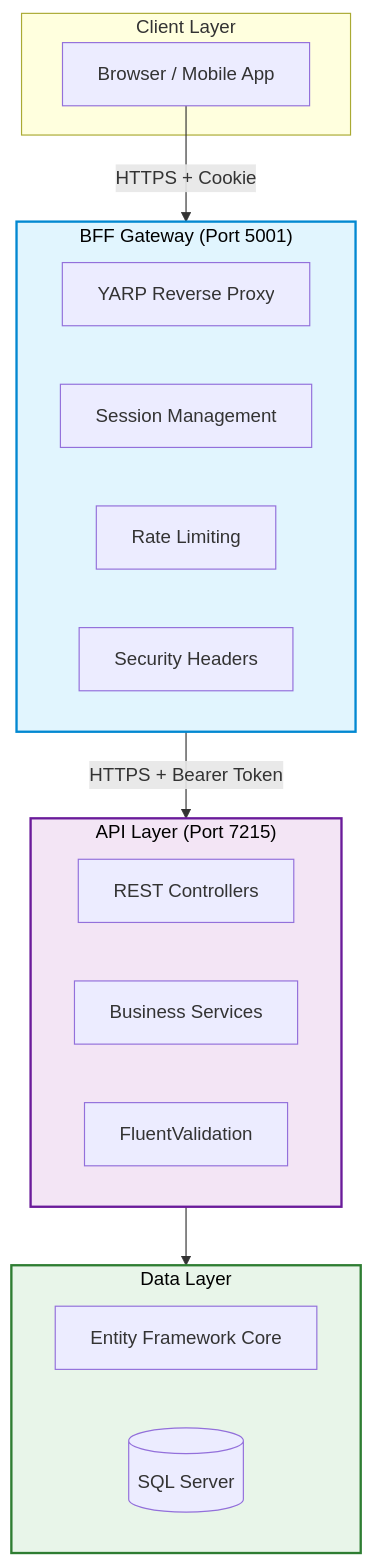
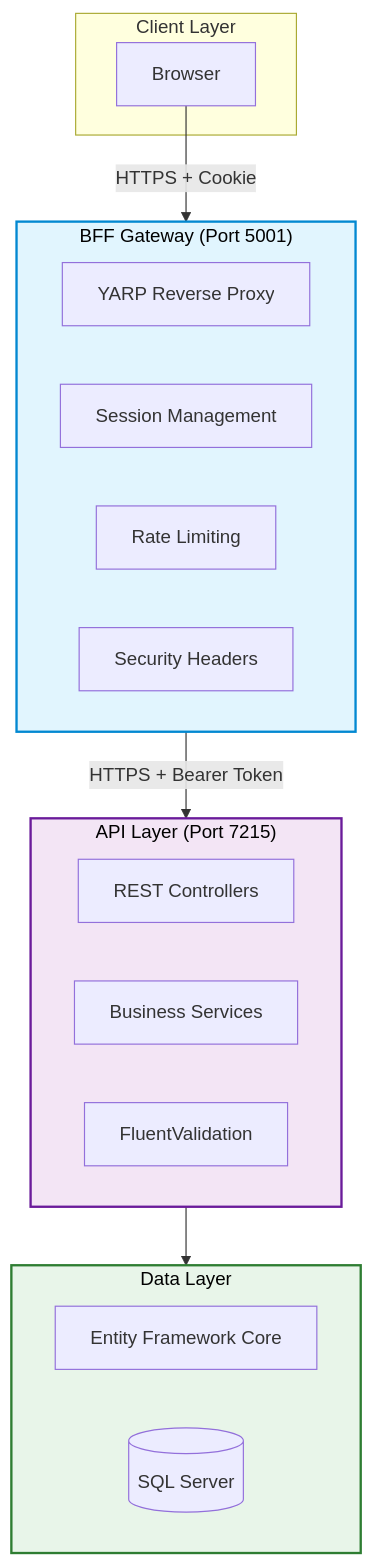
The first of 3 diagrams in backend/README.md (Gurgant/azurebank-v2), drawn with Mermaid before and after one commit. The commit also changed other lines of this file and 14 other files, not shown here.

````diff
--- a/backend/README.md
+++ b/backend/README.md
@@ -103,38 +108,38 @@
 ```mermaid
 flowchart TB
     subgraph Client["Client Layer"]
-        Browser["Browser / Mobile App"]
+        Browser["Browser"]
     end
 
     subgraph BFF["BFF Gateway (Port 5001)"]
         YARP["YARP Reverse Proxy"]
         Session["Session Management"]
         RateLimit["Rate Limiting"]
         SecHeaders["Security Headers"]
     end
 
     subgraph API["API Layer (Port 7215)"]
         Controllers["REST Controllers"]
         Services["Business Services"]
         Validators["FluentValidation"]
     end
 
     subgraph Data["Data Layer"]
         EFCore["Entity Framework Core"]
         SQLServer[("SQL Server")]
     end
 
     Browser -->|"HTTPS + Cookie"| BFF
     BFF -->|"HTTPS + Bearer Token"| API
     API --> Data
 
     %% 🎨 STYLES
     classDef bffStyle fill:#e1f5fe,stroke:#0288d1,stroke-width:2px,color:#000;
     classDef apiStyle fill:#f3e5f5,stroke:#6a1b9a,stroke-width:2px,color:#000;
     classDef dataStyle fill:#e8f5e9,stroke:#2e7d32,stroke-width:2px,color:#000;
 
     class BFF bffStyle
     class API apiStyle
     class Data dataStyle
 
 ```
````
